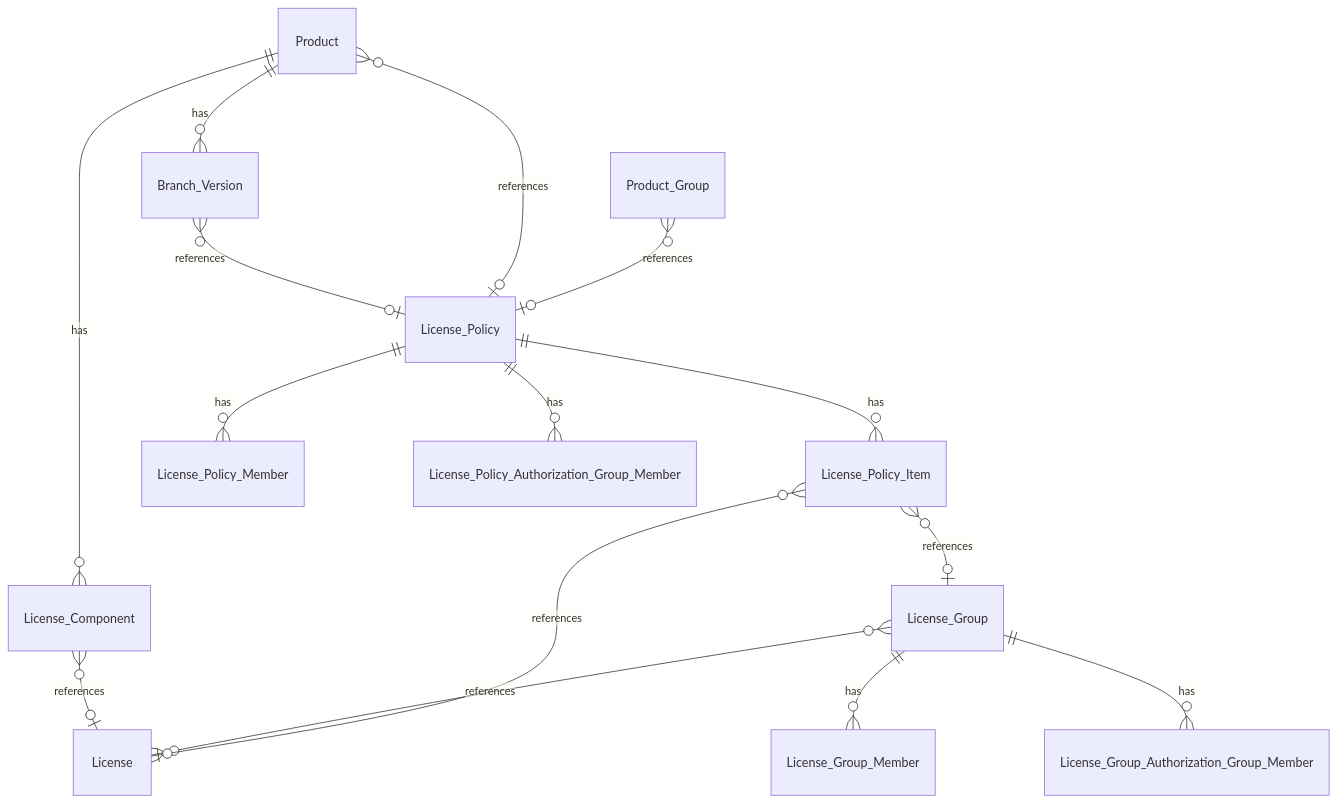
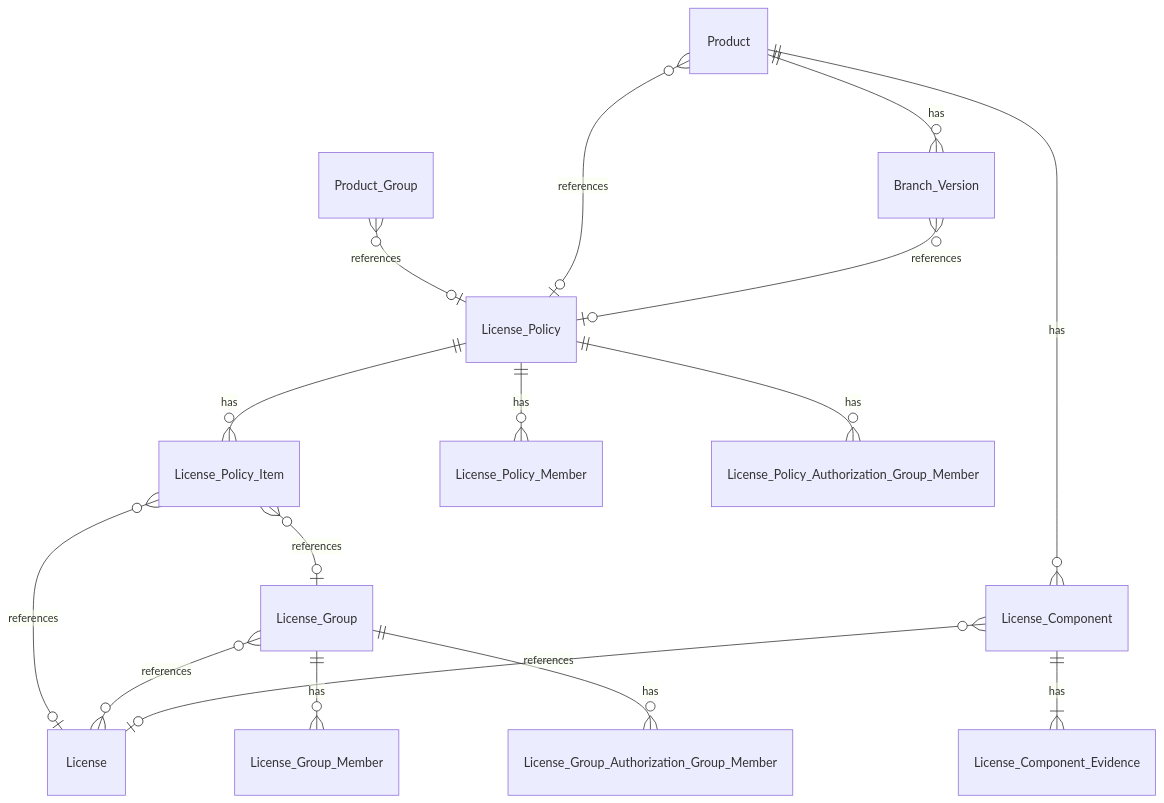
One commit to MaibornWolff/SecObserve changed the second of 2 diagrams in docs/getting_started/data_model.md. Above: the diagram before and after it, drawn with Mermaid. The commit also changed other lines of this file and 18 other files, not shown here.

````diff
--- a/docs/getting_started/data_model.md
+++ b/docs/getting_started/data_model.md
@@ -85,17 +85,18 @@
 ``` mermaid
 erDiagram
     Product ||--o{ Branch_Version : has
     Product ||--o{ License_Component : has
     Branch_Version }o--o| License_Policy : references
     Product }o--o| License_Policy : references
     Product_Group }o--o| License_Policy : references
     License_Component }o--o| License : references
+    License_Component ||--|{ License_Component_Evidence : has
     License_Policy ||--o{ License_Policy_Item : has
     License_Policy ||--o{ License_Policy_Member : has
     License_Policy ||--o{ License_Policy_Authorization_Group_Member : has
     License_Group }o--o{ License : references
     License_Group ||--o{ License_Group_Member : has
     License_Group ||--o{ License_Group_Authorization_Group_Member : has
     License_Policy_Item }o--o| License : references
     License_Policy_Item }o--o| License_Group : references
 ```
````
